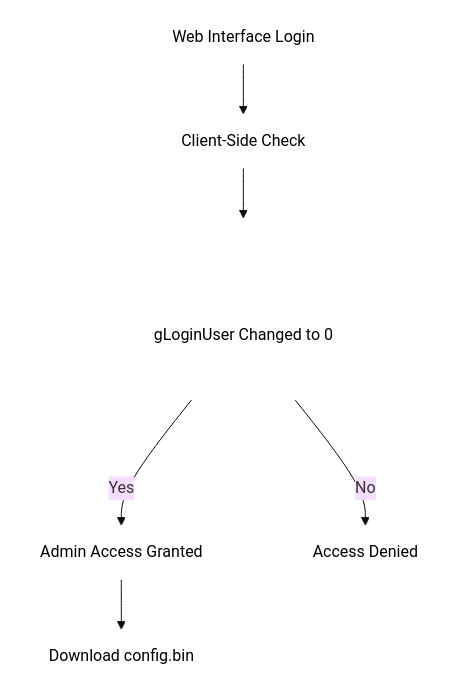
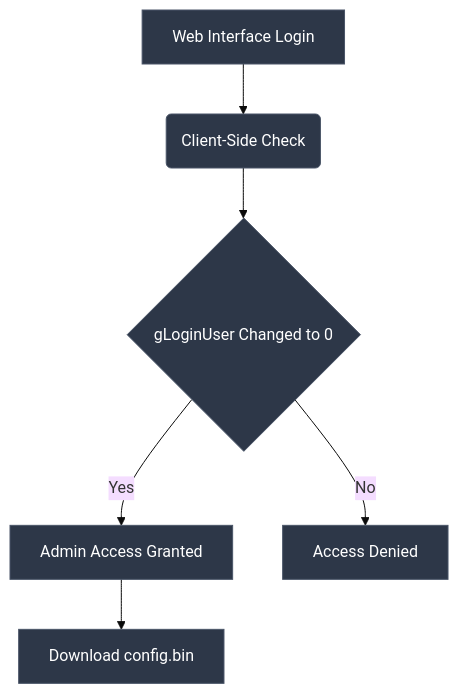
The diagram in README.md (boutaba-motezeballah/fiberhome-privesc-0day), drawn with Mermaid (base theme) before and after one commit.

Commit message:
Update styles in README diagram for better visibility

````diff
--- a/README.md
+++ b/README.md
@@ -19,15 +19,15 @@
 ```mermaid
 graph TD
     A[Web Interface Login] --> B(Client-Side Check)
     B --> C{gLoginUser Changed to 0}
     C -->|Yes| D[Admin Access Granted]
     C -->|No| E[Access Denied]
     D --> F[Download config.bin]
 
-    style A fill:#ffffff,stroke:#ffffff,color:#000000
-    style B fill:#ffffff,stroke:#ffffff,color:#000000
-    style C fill:#ffffff,stroke:#ffffff,color:#000000
-    style D fill:#ffffff,stroke:#ffffff,color:#000000
-    style E fill:#ffffff,stroke:#ffffff,color:#000000
-    style F fill:#ffffff,stroke:#ffffff,color:#000000
+    style A fill:#2d3748,stroke:#4a5568,color:#ffffff
+    style B fill:#2d3748,stroke:#4a5568,color:#ffffff
+    style C fill:#2d3748,stroke:#4a5568,color:#ffffff
+    style D fill:#2d3748,stroke:#4a5568,color:#ffffff
+    style E fill:#2d3748,stroke:#4a5568,color:#ffffff
+    style F fill:#2d3748,stroke:#4a5568,color:#ffffff
 ```
````
